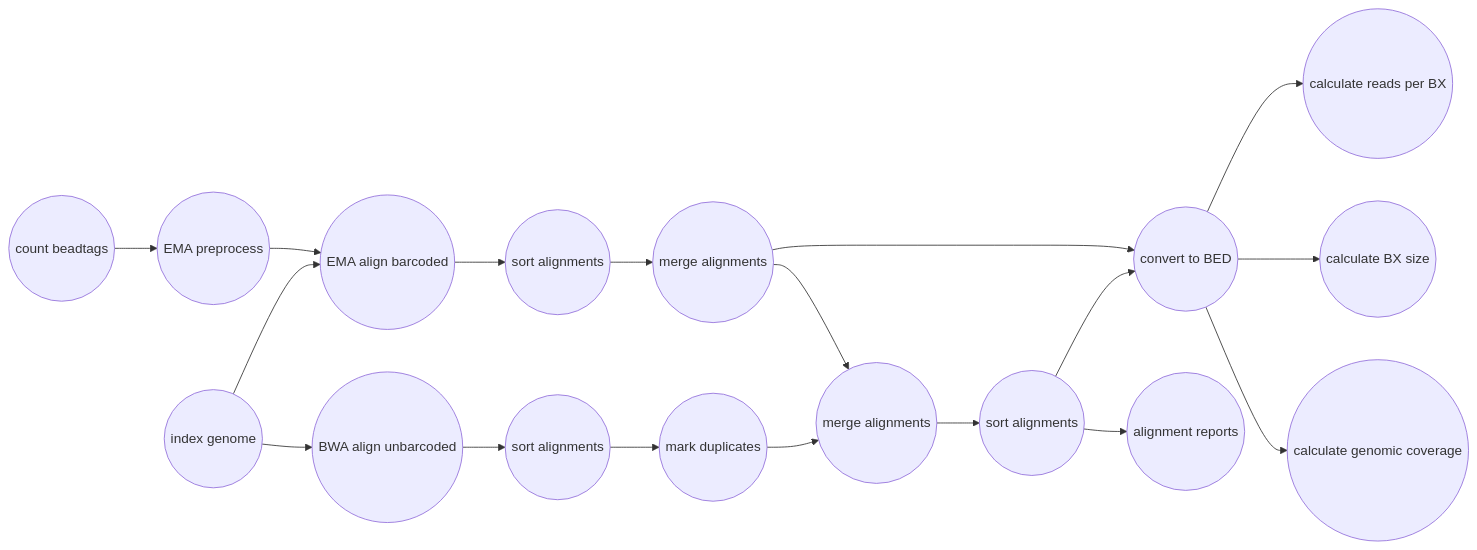
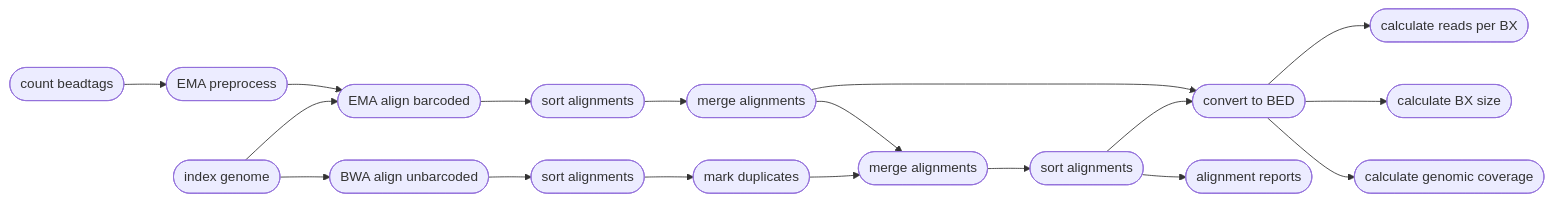
Before and after one commit to pdimens/harpy: the first of 2 diagrams in Modules/readmapping.md, drawn with Mermaid. The commit also changed other lines of this file and 4 other files, not shown here.

````diff
--- a/Modules/readmapping.md
+++ b/Modules/readmapping.md
@@ -49,20 +49,20 @@
 ```mermaid
 graph LR
-    A((count beadtags)) --> B((EMA preprocess))
-    B-->C((EMA align barcoded))
-    C-->D((sort alignments))
-    D-->E((merge alignments))
+    A([count beadtags]) --> B([EMA preprocess])
+    B-->C([EMA align barcoded])
+    C-->D([sort alignments])
+    D-->E([merge alignments])
     E-->G
-    E-->F((merge alignments))
-    IDX((index genome))-->C
-    IDX-->Z((BWA align unbarcoded))
-    Z-->Y((sort alignments))
-    Y-->X((mark duplicates))
+    E-->F([merge alignments])
+    IDX([index genome])-->C
+    IDX-->Z([BWA align unbarcoded])
+    Z-->Y([sort alignments])
+    Y-->X([mark duplicates])
     X-->F
-    F-->K((sort alignments))
-    K-->J((alignment reports))
-    K-->G((convert to BED))
-    G-->H((calculate reads per BX))
-    G-->L((calculate BX size))
-    G-->I((calculate genomic coverage))
+    F-->K([sort alignments])
+    K-->J([alignment reports])
+    K-->G([convert to BED])
+    G-->H([calculate reads per BX])
+    G-->L([calculate BX size])
+    G-->I([calculate genomic coverage])
 ```
````
